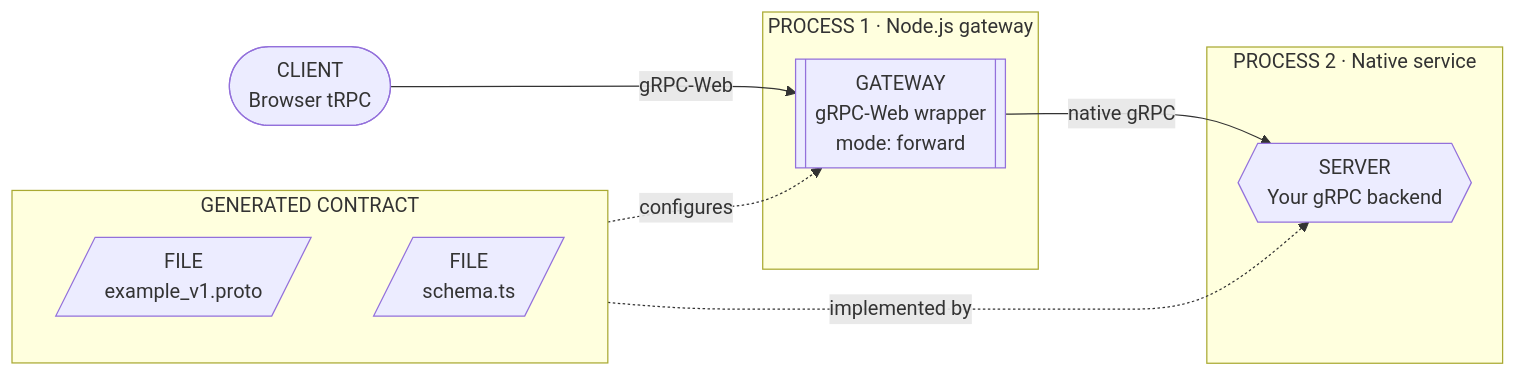
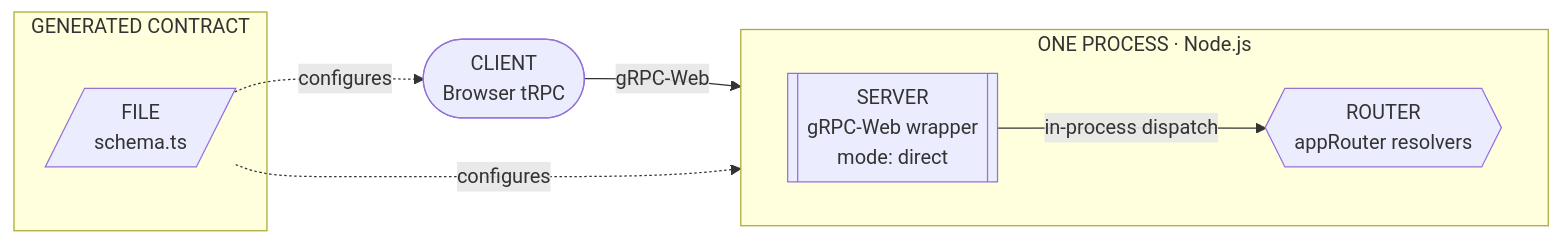
One commit to iocat/trpc-proto changed the second of 3 diagrams in README.md. Above: the diagram before and after it, drawn with Mermaid. The commit also changed other lines of this file and 10 other files, not shown here.

````diff
--- a/README.md
+++ b/README.md
@@ -39,23 +46,19 @@
 ```mermaid
 flowchart LR
   Browser(["CLIENT<br/>Browser tRPC"])
 
   subgraph Contract["GENERATED CONTRACT"]
-    direction TB
-    Proto[/"FILE<br/>example_v1.proto"/]
     Schema[/"FILE<br/>schema.ts"/]
   end
 
-  subgraph WrapperProcess["PROCESS 1 · Node.js gateway"]
-    Wrapper[["GATEWAY<br/>gRPC-Web wrapper<br/>mode: forward"]]
-  end
-
-  subgraph BackendProcess["PROCESS 2 · Native service"]
-    Backend{{"SERVER<br/>Your gRPC backend"}}
+  subgraph NodeProcess["ONE PROCESS · Node.js"]
+    direction LR
+    Wrapper[["SERVER<br/>gRPC-Web wrapper<br/>mode: direct"]]
+    Router{{"ROUTER<br/>appRouter resolvers"}}
+    Wrapper -->|"in-process dispatch"| Router
   end
 
   Browser -->|"gRPC-Web"| Wrapper
-  Wrapper -->|"native gRPC"| Backend
-  Proto -. "implemented by" .-> Backend
+  Schema -. "configures" .-> Browser
   Schema -. "configures" .-> Wrapper
 ```
````
